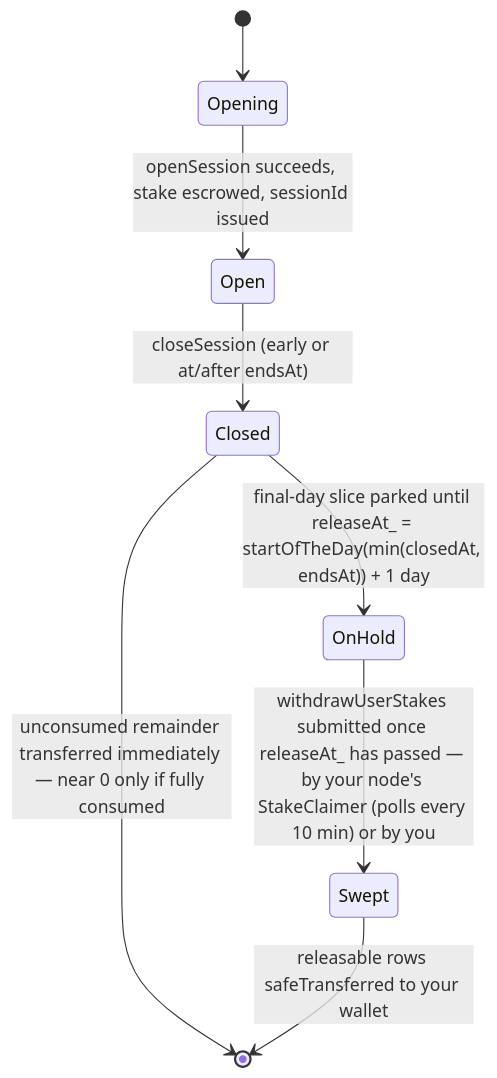
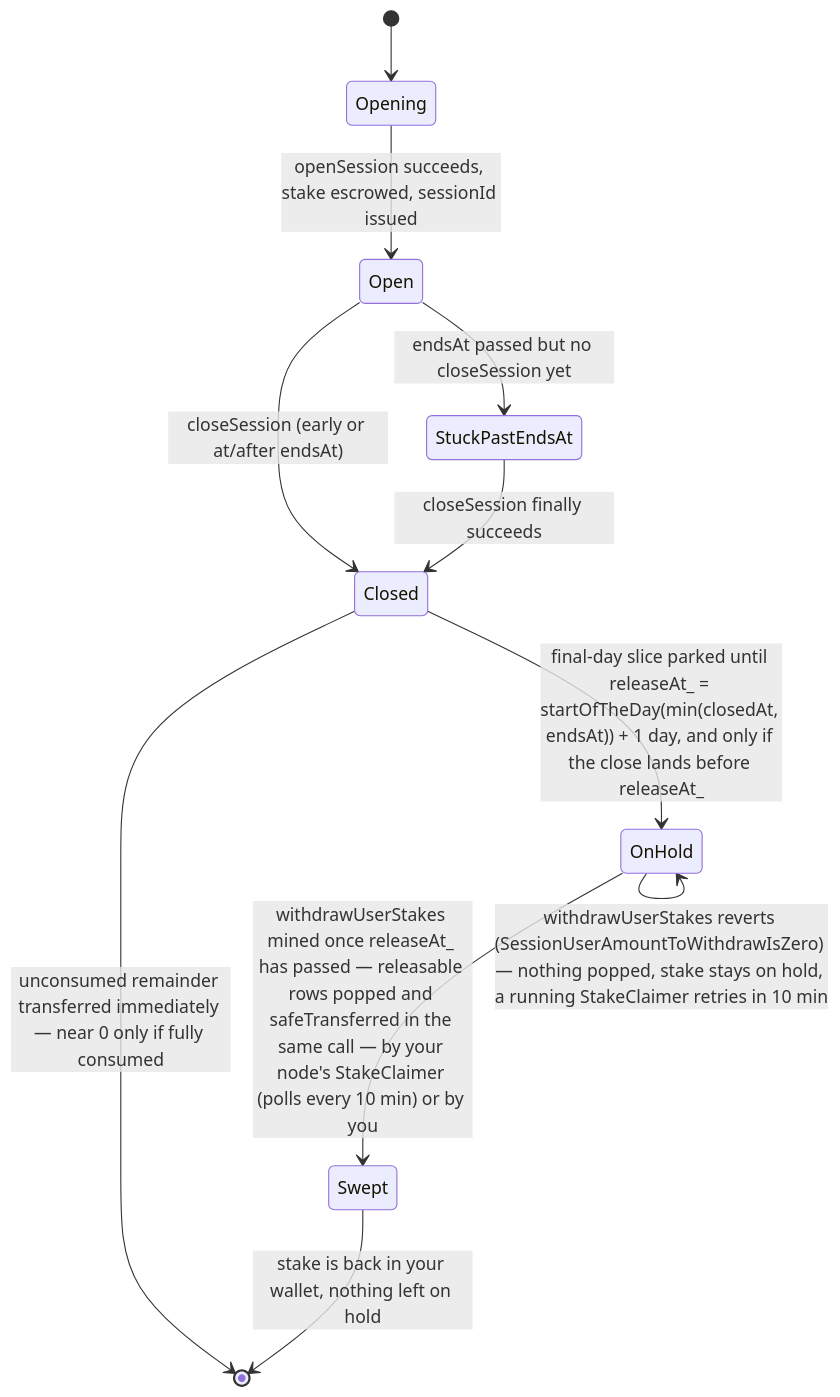
Before and after one commit to cowboycoderhq/Morpheus-Lumerin-Node: the second of 2 diagrams in docs/concepts/sessions-stake-close-recover.mdx, drawn with Mermaid. The commit also changed other lines of this file and 15 other files, not shown here.

````diff
--- a/docs/concepts/sessions-stake-close-recover.mdx
+++ b/docs/concepts/sessions-stake-close-recover.mdx
@@ -127,10 +127,13 @@
 ```mermaid
 stateDiagram-v2
   [*] --> Opening
   Opening --> Open: openSession succeeds, stake escrowed, sessionId issued
   Open --> Closed: closeSession (early or at/after endsAt)
+  Open --> StuckPastEndsAt: endsAt passed but no closeSession yet
+  StuckPastEndsAt --> Closed: closeSession finally succeeds
   Closed --> [*]: unconsumed remainder transferred immediately — near 0 only if fully consumed
-  Closed --> OnHold: final-day slice parked until releaseAt_ = startOfTheDay(min(closedAt, endsAt)) + 1 day
-  OnHold --> Swept: withdrawUserStakes submitted once releaseAt_ has passed — by your node's StakeClaimer (polls every 10 min) or by you
-  Swept --> [*]: releasable rows safeTransferred to your wallet
+  Closed --> OnHold: final-day slice parked until releaseAt_ = startOfTheDay(min(closedAt, endsAt)) + 1 day, and only if the close lands before releaseAt_
+  OnHold --> OnHold: withdrawUserStakes reverts (SessionUserAmountToWithdrawIsZero) — nothing popped, stake stays on hold, a running StakeClaimer retries in 10 min
+  OnHold --> Swept: withdrawUserStakes mined once releaseAt_ has passed — releasable rows popped and safeTransferred in the same call — by your node's StakeClaimer (polls every 10 min) or by you
+  Swept --> [*]: stake is back in your wallet, nothing left on hold
 ```
````
